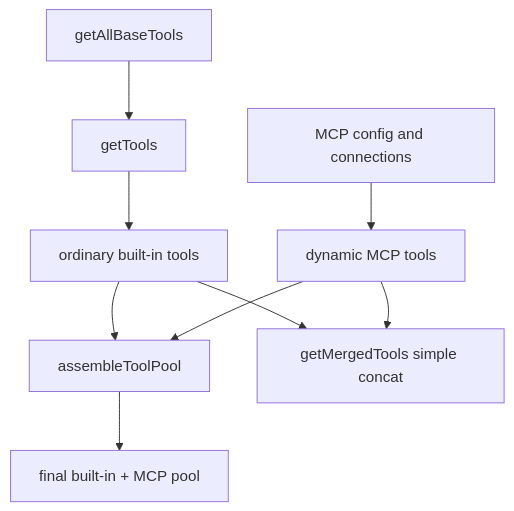
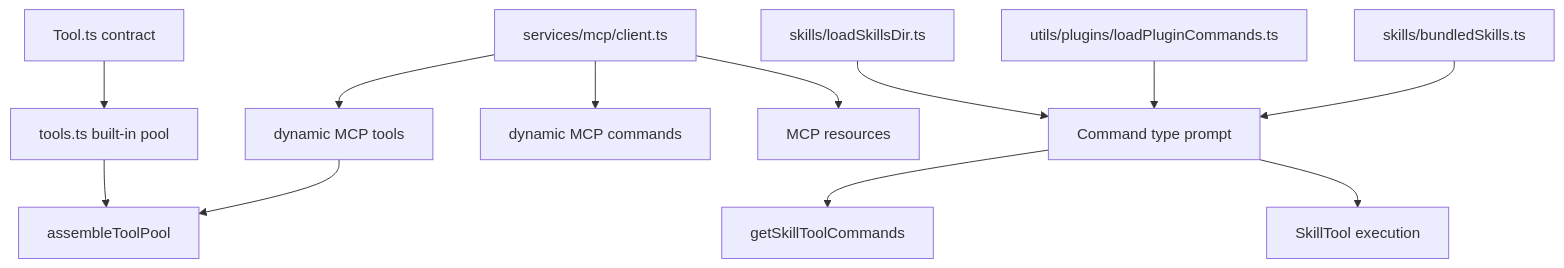
One commit to Boulea7/ClaudeCode-Source-DeepDive changed the diagram in MODULES/05-tools-mcp-skills-and-plugins/DEEP/README.md. Above: the diagram before and after it, drawn with Mermaid. The commit also changed other lines of this file and 5 other files, not shown here.

````diff
--- a/MODULES/05-tools-mcp-skills-and-plugins/DEEP/README.md
+++ b/MODULES/05-tools-mcp-skills-and-plugins/DEEP/README.md
@@ -265,11 +333,14 @@
 ```mermaid
 flowchart TD
-    A[getAllBaseTools] --> B[getTools]
-    B --> C[ordinary built-in tools]
-    D[MCP config and connections] --> E[dynamic MCP tools]
-    C --> F[assembleToolPool]
-    E --> F
-    F --> G[final built-in + MCP pool]
-    C --> H[getMergedTools simple concat]
-    E --> H
+    A[Tool.ts contract] --> B[tools.ts built-in pool]
+    C[services/mcp/client.ts] --> D[dynamic MCP tools]
+    C --> E[dynamic MCP commands]
+    C --> F[MCP resources]
+    B --> G[assembleToolPool]
+    D --> G
+    H[skills/loadSkillsDir.ts] --> I[Command type prompt]
+    J[utils/plugins/loadPluginCommands.ts] --> I
+    K[skills/bundledSkills.ts] --> I
+    I --> L[getSkillToolCommands]
+    I --> M[SkillTool execution]
 ```
````
